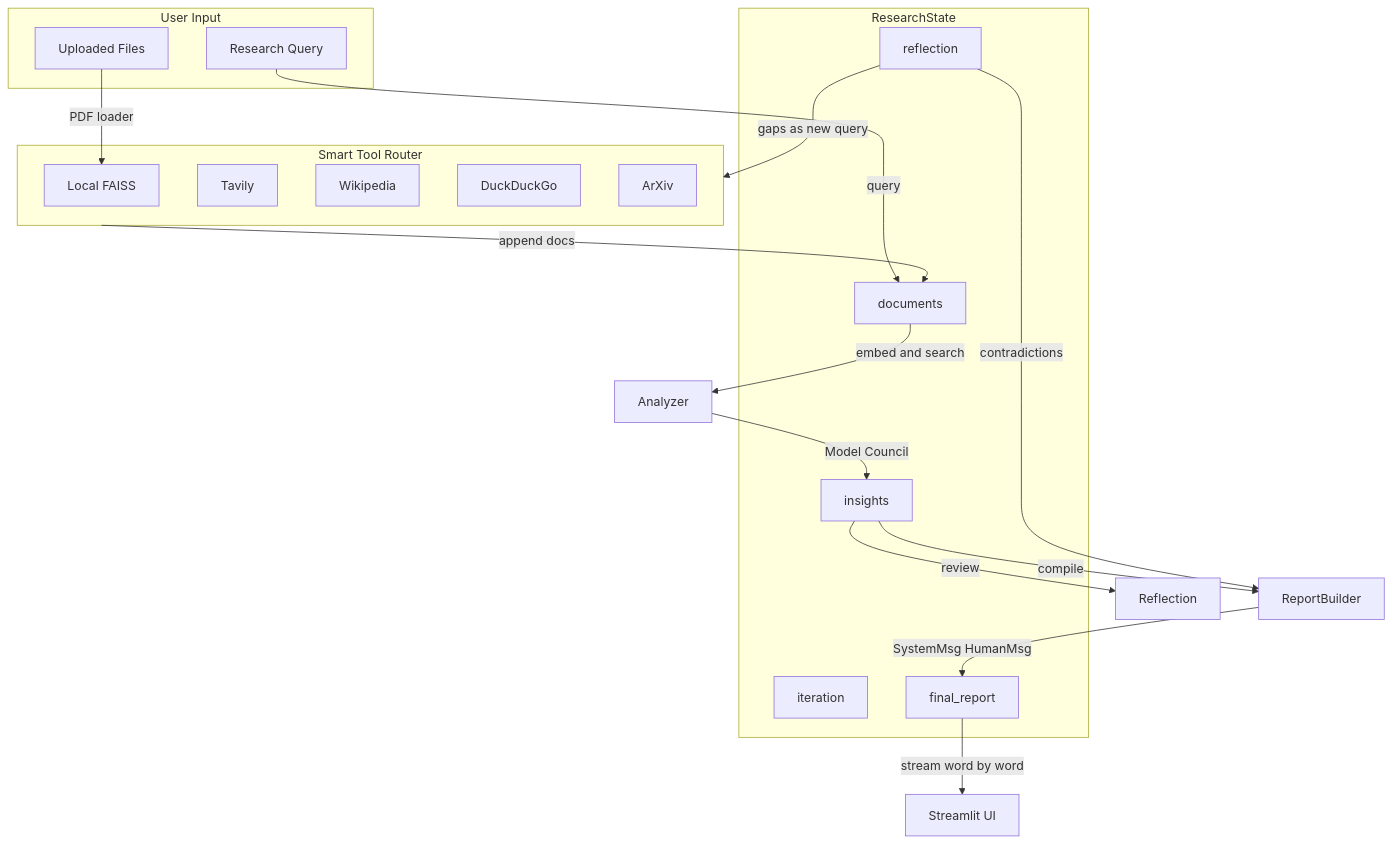
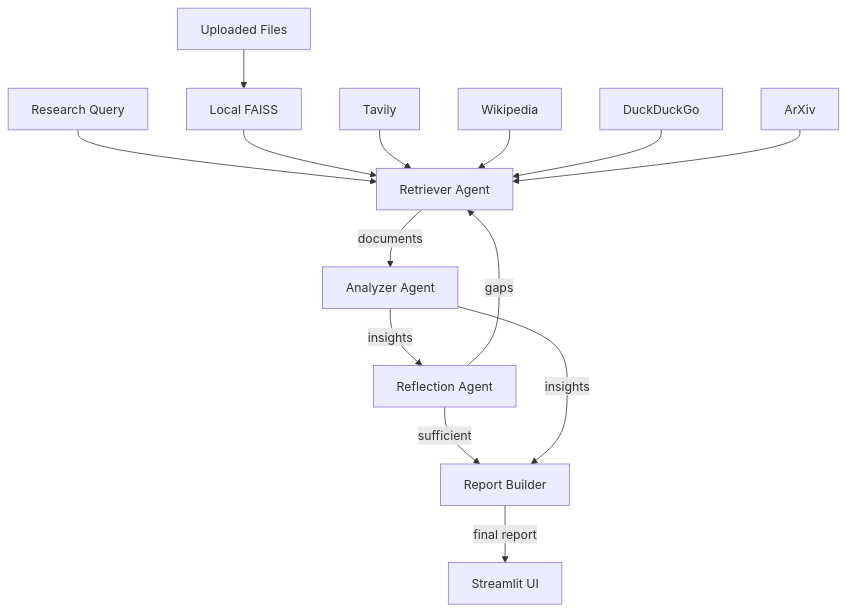
Before and after one commit to madakasirak/hackathon_Outskill: the second of 2 diagrams in walkthrough.md, drawn with Mermaid.

Commit message:
fix: data flow mermaid diagram - flat node structure

````diff
--- a/walkthrough.md
+++ b/walkthrough.md
@@ -291,36 +291,16 @@
 ```mermaid
 graph TD
-    subgraph UserInput ["User Input"]
-        Q["Research Query"]
-        F["Uploaded Files"]
-    end
-
-    subgraph State ["ResearchState"]
-        S1["documents"]
-        S2["insights"]
-        S3["reflection"]
-        S4["iteration"]
-        S5["final_report"]
-    end
-
-    Q -->|query| S1
-    F -->|PDF loader| FAISS_LOCAL
-
-    subgraph Retriever ["Smart Tool Router"]
-        FAISS_LOCAL["Local FAISS"]
-        TAV["Tavily"]
-        WIKI["Wikipedia"]
-        DDG["DuckDuckGo"]
-        ARX["ArXiv"]
-    end
-
-    Retriever -->|append docs| S1
-    S1 -->|embed and search| Analyzer
-    Analyzer -->|Model Council| S2
-    S2 -->|review| Reflection
-    S3 -->|gaps as new query| Retriever
-    S2 -->|compile| ReportBuilder
-    S3 -->|contradictions| ReportBuilder
-    ReportBuilder -->|SystemMsg HumanMsg| S5
-    S5 -->|stream word by word| UI["Streamlit UI"]
+    Q["Research Query"] --> Retriever
+    F["Uploaded Files"] --> FAISS["Local FAISS"]
+    FAISS --> Retriever
+    TAV["Tavily"] --> Retriever
+    WIKI["Wikipedia"] --> Retriever
+    DDG["DuckDuckGo"] --> Retriever
+    ARX["ArXiv"] --> Retriever
+    Retriever["Retriever Agent"] -->|documents| Analyzer["Analyzer Agent"]
+    Analyzer -->|insights| Reflection["Reflection Agent"]
+    Reflection -->|gaps| Retriever
+    Reflection -->|sufficient| ReportBuilder["Report Builder"]
+    Analyzer -->|insights| ReportBuilder
+    ReportBuilder -->|final report| UI["Streamlit UI"]
 ```
````
